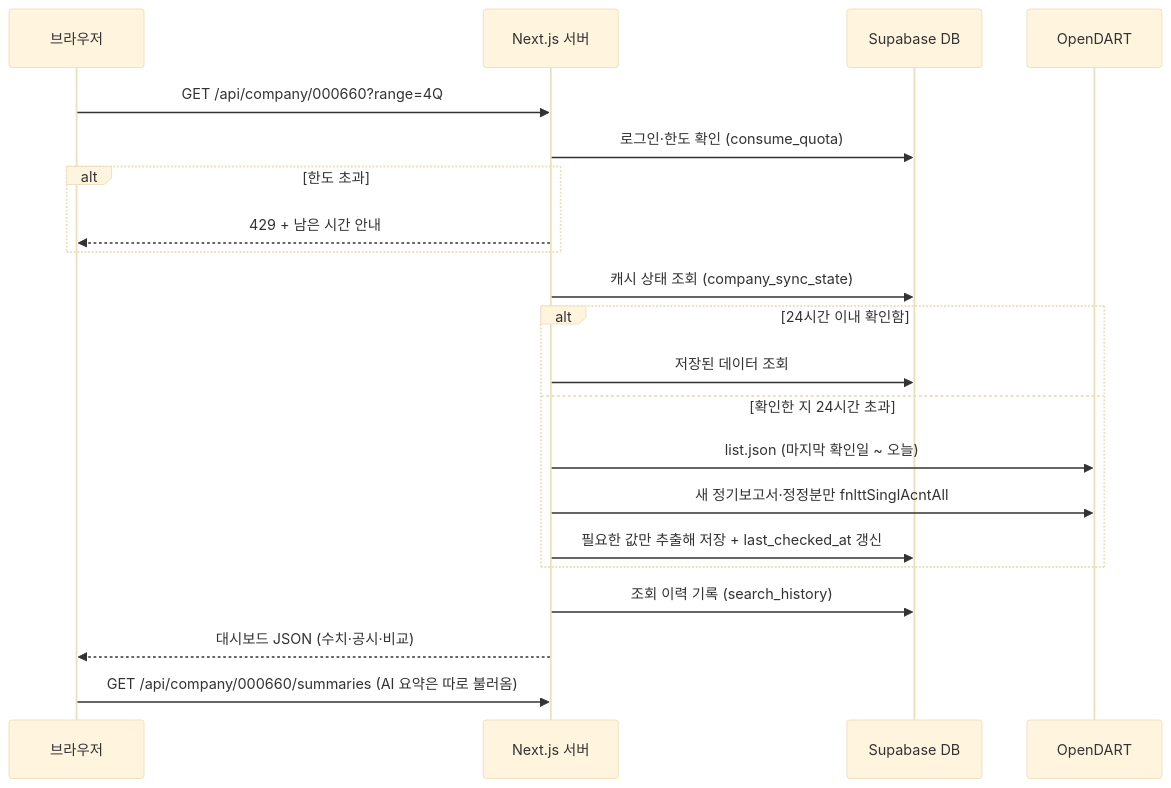
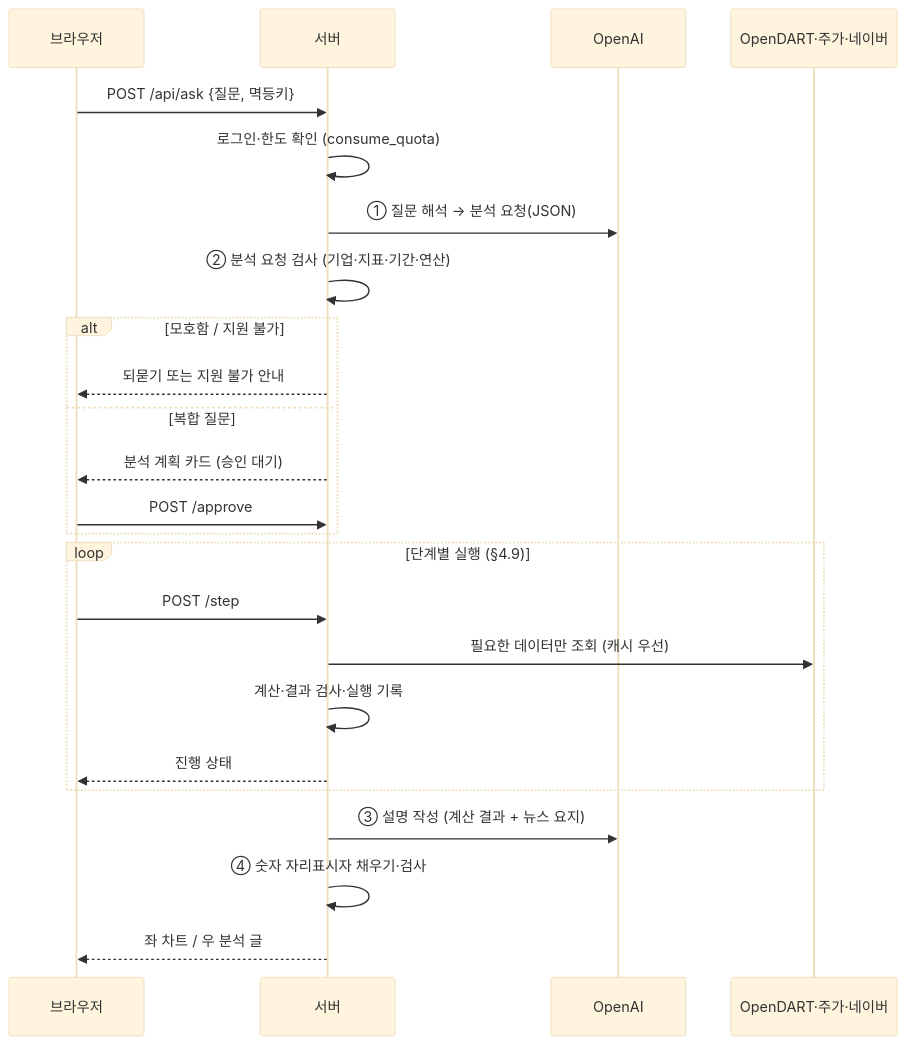
Before and after one commit to Benji5526/project_sleepyheads: the second of 2 diagrams in DevelopDoc/TECH_SPEC.md, drawn with Mermaid (base theme). The commit also changed other lines of this file and 3 other files, not shown here.

````diff
--- a/DevelopDoc/TECH_SPEC.md
+++ b/DevelopDoc/TECH_SPEC.md
@@ -115,23 +143,26 @@
 ```mermaid
 sequenceDiagram
     participant B as 브라우저
-    participant S as Next.js 서버
-    participant DB as Supabase DB
-    participant DART as OpenDART
-    B->>S: GET /api/company/000660?range=4Q
-    S->>DB: 로그인·한도 확인 (consume_quota)
-    alt 한도 초과
-        S-->>B: 429 + 남은 시간 안내
+    participant S as 서버
+    participant AI as OpenAI
+    participant EXT as OpenDART·주가·네이버
+    B->>S: POST /api/ask {질문, 멱등키}
+    S->>S: 로그인·한도 확인 (consume_quota)
+    S->>AI: ① 질문 해석 → 분석 요청(JSON)
+    S->>S: ② 분석 요청 검사 (기업·지표·기간·연산)
+    alt 모호함 / 지원 불가
+        S-->>B: 되묻기 또는 지원 불가 안내
+    else 복합 질문
+        S-->>B: 분석 계획 카드 (승인 대기)
+        B->>S: POST /approve
     end
-    S->>DB: 캐시 상태 조회 (company_sync_state)
-    alt 24시간 이내 확인함
-        S->>DB: 저장된 데이터 조회
-    else 확인한 지 24시간 초과
-        S->>DART: list.json (마지막 확인일 ~ 오늘)
-        S->>DART: 새 정기보고서·정정분만 fnlttSinglAcntAll
-        S->>DB: 필요한 값만 추출해 저장 + last_checked_at 갱신
+    loop 단계별 실행 (§4.9)
+        B->>S: POST /step
+        S->>EXT: 필요한 데이터만 조회 (캐시 우선)
+        S->>S: 계산·결과 검사·실행 기록
+        S-->>B: 진행 상태
     end
-    S->>DB: 조회 이력 기록 (search_history)
-    S-->>B: 대시보드 JSON (수치·공시·비교)
-    B->>S: GET /api/company/000660/summaries (AI 요약은 따로 불러옴)
+    S->>AI: ③ 설명 작성 (계산 결과 + 뉴스 요지)
+    S->>S: ④ 숫자 자리표시자 채우기·검사
+    S-->>B: 좌 차트 / 우 분석 글
 ```
````
